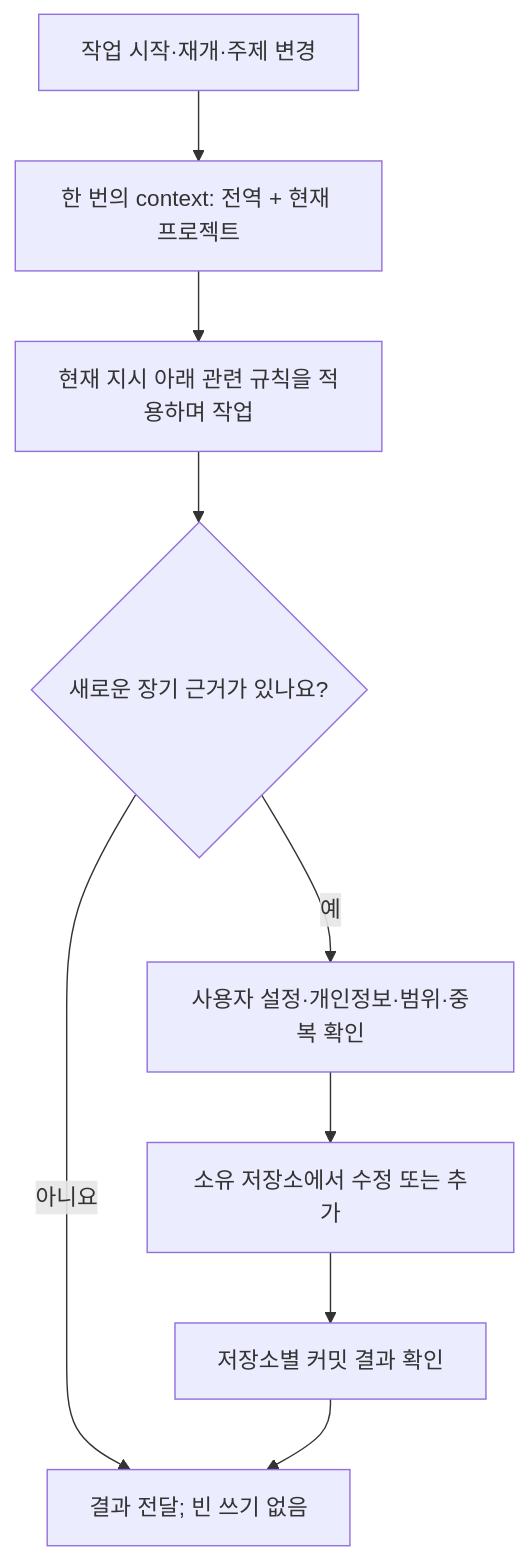
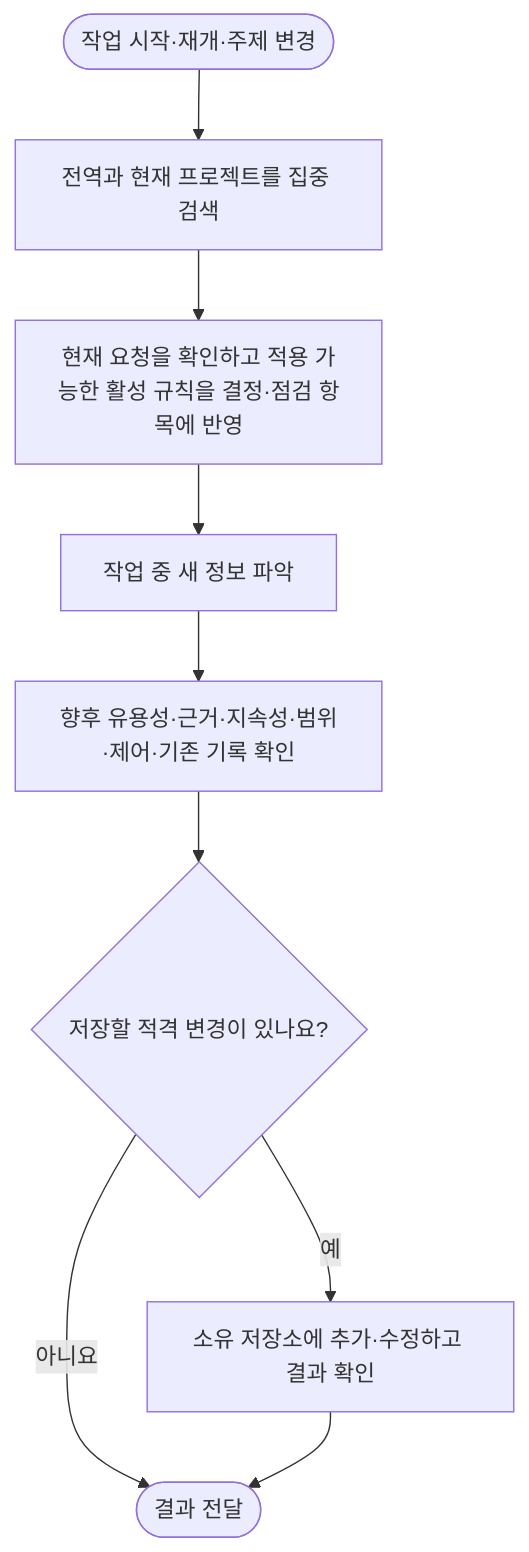
Before and after one commit to chrisstarr7/dev-memory: the second of 3 diagrams in docs/readme/README.ko.md, drawn with Mermaid. The commit also changed other lines of this file and 6 other files, not shown here.

````diff
--- a/docs/readme/README.ko.md
+++ b/docs/readme/README.ko.md
@@ -85,11 +85,11 @@
 ```mermaid
 flowchart TD
-    R["작업 시작·재개·주제 변경"] --> L["한 번의 context: 전역 + 현재 프로젝트"]
-    L --> W["현재 지시 아래 관련 규칙을 적용하며 작업"]
-    W --> E{"새로운 장기 근거가 있나요?"}
-    E -- "아니요" --> F["결과 전달; 빈 쓰기 없음"]
-    E -- "예" --> J["사용자 설정·개인정보·범위·중복 확인"]
-    J --> B["소유 저장소에서 수정 또는 추가"]
-    B --> K["저장소별 커밋 결과 확인"]
-    K --> F
+    R(["작업 시작·재개·주제 변경"]) --> L["전역과 현재 프로젝트를 집중 검색"]
+    L --> A["현재 요청을 확인하고 적용 가능한 활성 규칙을 결정·점검 항목에 반영"]
+    A --> W["작업 중 새 정보 파악"]
+    W --> J["향후 유용성·근거·지속성·범위·제어·기존 기록 확인"]
+    J --> G{"저장할 적격 변경이 있나요?"}
+    G -- "아니요" --> F(["결과 전달"])
+    G -- "예" --> B["소유 저장소에 추가·수정하고 결과 확인"]
+    B --> F
 ```
````
